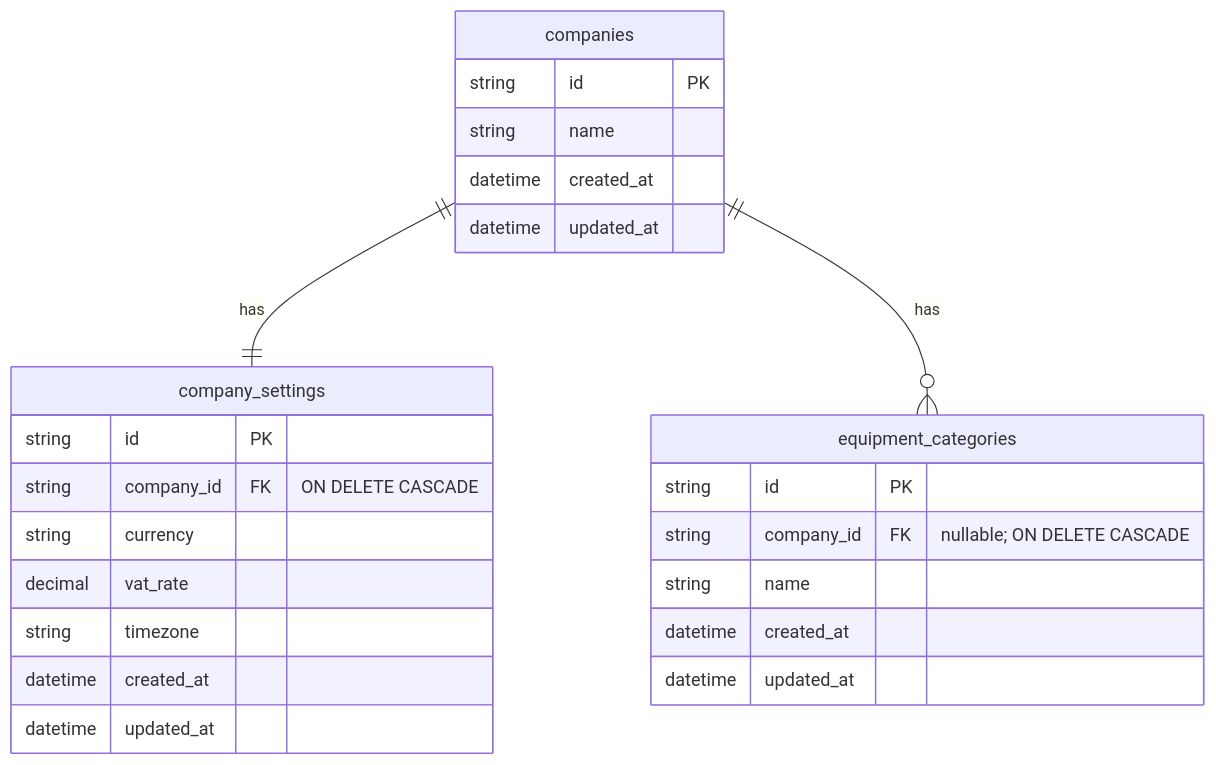
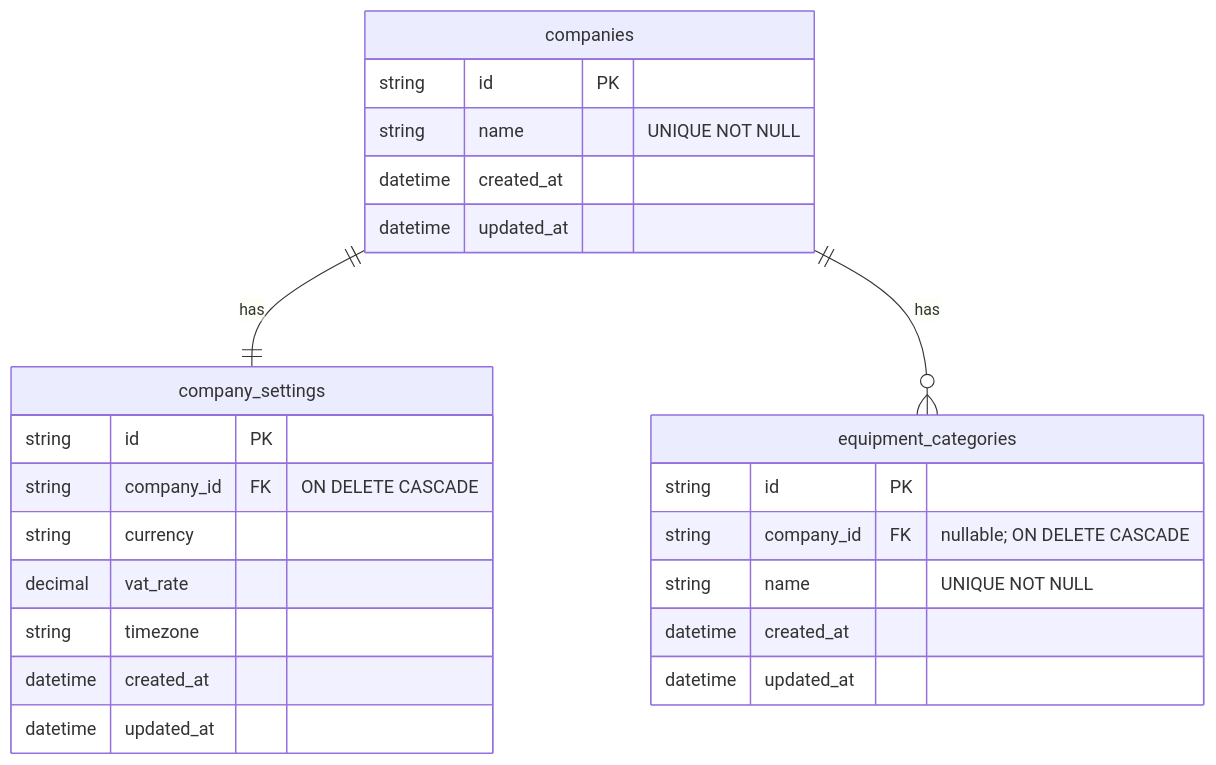
One commit to bit8bytes/gearberg changed the diagram in wiki/ERD.md. Above: the diagram before and after it, drawn with Mermaid. The commit also changed 55 other files, not shown here.

````diff
--- a/wiki/ERD.md
+++ b/wiki/ERD.md
@@ -3,30 +3,30 @@
 ```mermaid
 erDiagram
   companies {
     string id PK
-    string name
+    string name "UNIQUE NOT NULL"
     datetime created_at
     datetime updated_at
   }
 
   company_settings {
     string id PK
     string company_id FK "ON DELETE CASCADE"
     string currency
     decimal vat_rate
     string timezone
     datetime created_at
     datetime updated_at
   }
 
   equipment_categories {
     string id PK
     string company_id FK "nullable; ON DELETE CASCADE"
-    string name
+    string name "UNIQUE NOT NULL"
     datetime created_at
     datetime updated_at
   }
 
   companies ||--|| company_settings : "has"
   companies ||--o{ equipment_categories : "has"
 ```
````
